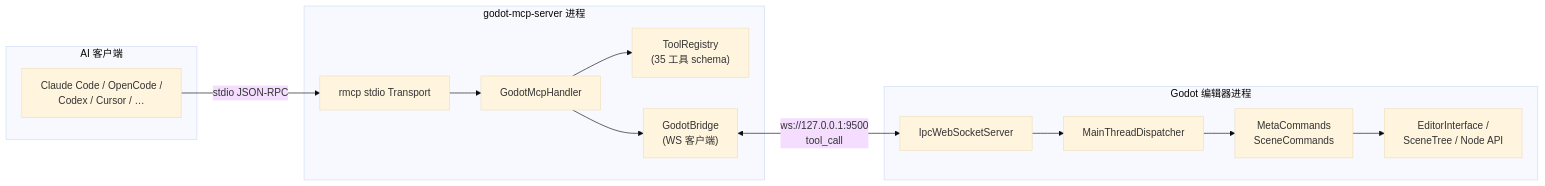
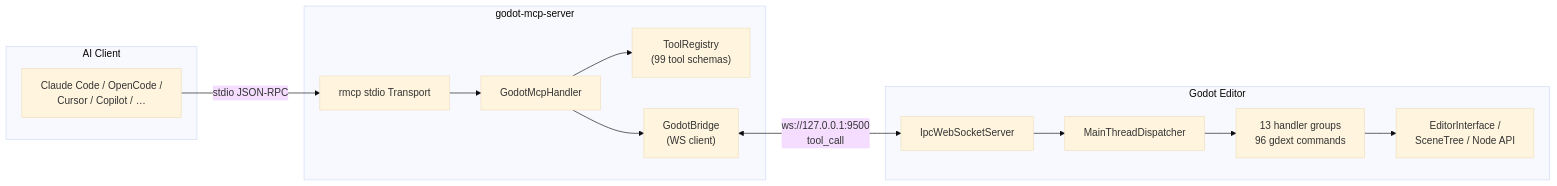
The diagram in README.md (jesspig/GodotMCP-GDExtension), drawn with Mermaid (base theme) before and after one commit. The commit also changed other lines of this file and 2 other files, not shown here.

````diff
--- a/README.md
+++ b/README.md
@@ -13,29 +13,29 @@
 ```mermaid
 graph LR
-    subgraph AI["AI 客户端"]
-        Client["Claude Code / OpenCode /<br/>Codex / Cursor / …"]
+    subgraph AI["AI Client"]
+        Client["Claude Code / OpenCode /<br/>Cursor / Copilot / …"]
     end
 
-    subgraph ServerProc["godot-mcp-server 进程"]
+    subgraph ServerProc["godot-mcp-server"]
         Stdio["rmcp stdio Transport"]
         Handler["GodotMcpHandler"]
-        Registry["ToolRegistry<br/>(35 工具 schema)"]
-        Bridge["GodotBridge<br/>(WS 客户端)"]
+        Registry["ToolRegistry<br/>(99 tool schemas)"]
+        Bridge["GodotBridge<br/>(WS client)"]
     end
 
-    subgraph GodotProc["Godot 编辑器进程"]
+    subgraph GodotProc["Godot Editor"]
         WS["IpcWebSocketServer"]
         Dispatcher["MainThreadDispatcher"]
-        Commands["MetaCommands<br/>SceneCommands"]
+        Commands["13 handler groups<br/>96 gdext commands"]
         Editor["EditorInterface /<br/>SceneTree / Node API"]
     end
 
     Client -->|stdio JSON-RPC| Stdio
     Stdio --> Handler
     Handler --> Registry
     Handler --> Bridge
     Bridge <-->|ws://127.0.0.1:9500<br/>tool_call| WS
     WS --> Dispatcher
     Dispatcher --> Commands
     Commands --> Editor
 ```
````
